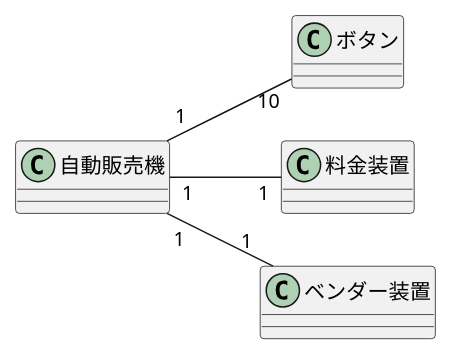
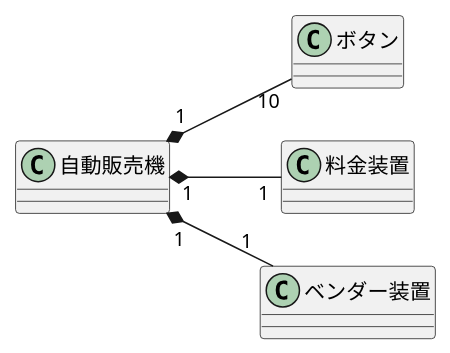
The diagram in 演習6-4-1_クラス図_自動販売機.pu (yoshidasen/uml-introduction), drawn with PlantUML before and after one commit.

Commit message:
演習6-4-1

```diff
--- a/演習6-4-1_クラス図_自動販売機.pu
+++ b/演習6-4-1_クラス図_自動販売機.pu
@@ -4,16 +4,16 @@
 @startuml 自動販売機
     left to right direction
     class "自動販売機" as C1 {
     }
     class "ボタン" as C2 {
     }
     class "料金装置" as C3 {
     }
     class "ベンダー装置" as C4 {
     }
 
-    C1 "1"--"10" C2
-    C1 "1"--"1" C3
-    C1 "1"--"1" C4
+    C1 "1"*--"10" C2
+    C1 "1"*--"1" C3
+    C1 "1"*--"1" C4
 
 @enduml
```
